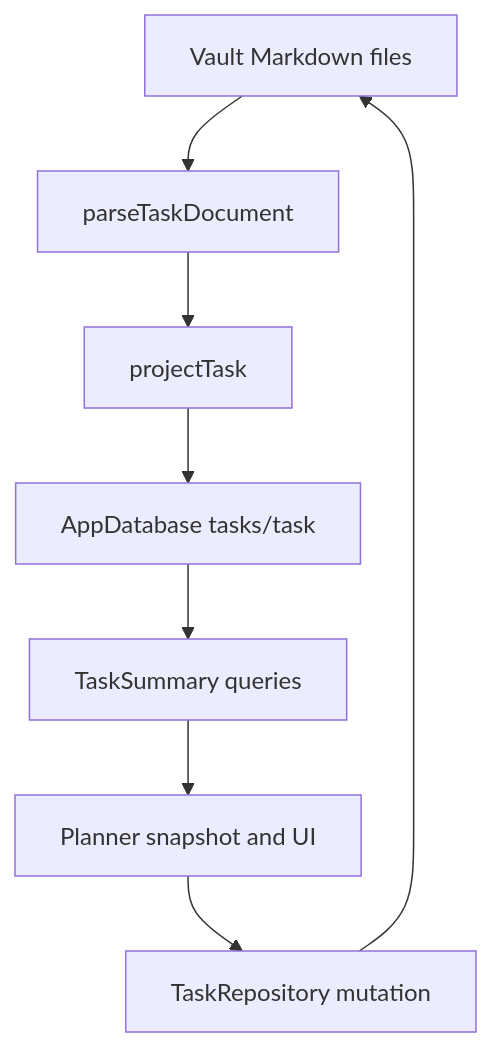
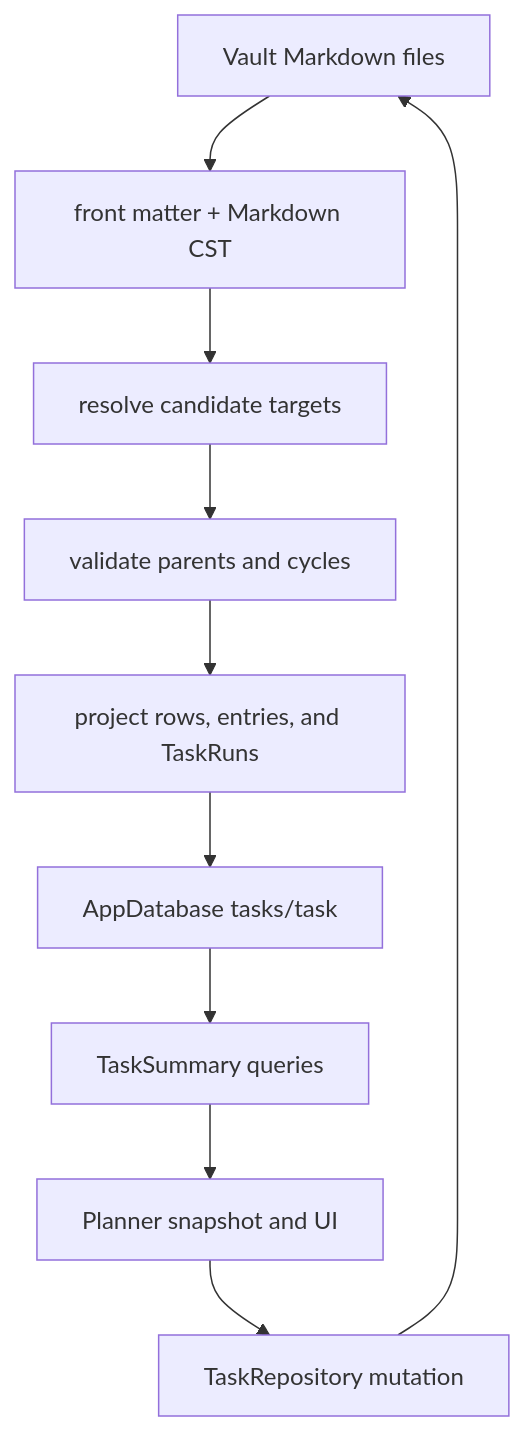
The diagram in spec/src/plugins/tasks/runtime.md (lapismd/lapis-plugin-tasks), drawn with Mermaid before and after one commit. The commit also changed other lines of this file and 5 other files, not shown here.

First line of the commit message:
Document the Markdown-native structural task model

````diff
--- a/spec/src/plugins/tasks/runtime.md
+++ b/spec/src/plugins/tasks/runtime.md
@@ -8,10 +8,12 @@
 ```mermaid
 flowchart TD
-  vault["Vault Markdown files"] --> parse["parseTaskDocument"]
-  parse --> project["projectTask"]
+  vault["Vault Markdown files"] --> parse["front matter + Markdown CST"]
+  parse --> resolve["resolve candidate targets"]
+  resolve --> validate["validate parents and cycles"]
+  validate --> project["project rows, entries, and TaskRuns"]
   project --> db["AppDatabase tasks/task"]
   db --> summary["TaskSummary queries"]
   summary --> planner["Planner snapshot and UI"]
   planner --> mutate["TaskRepository mutation"]
   mutate --> vault
 ```
````
